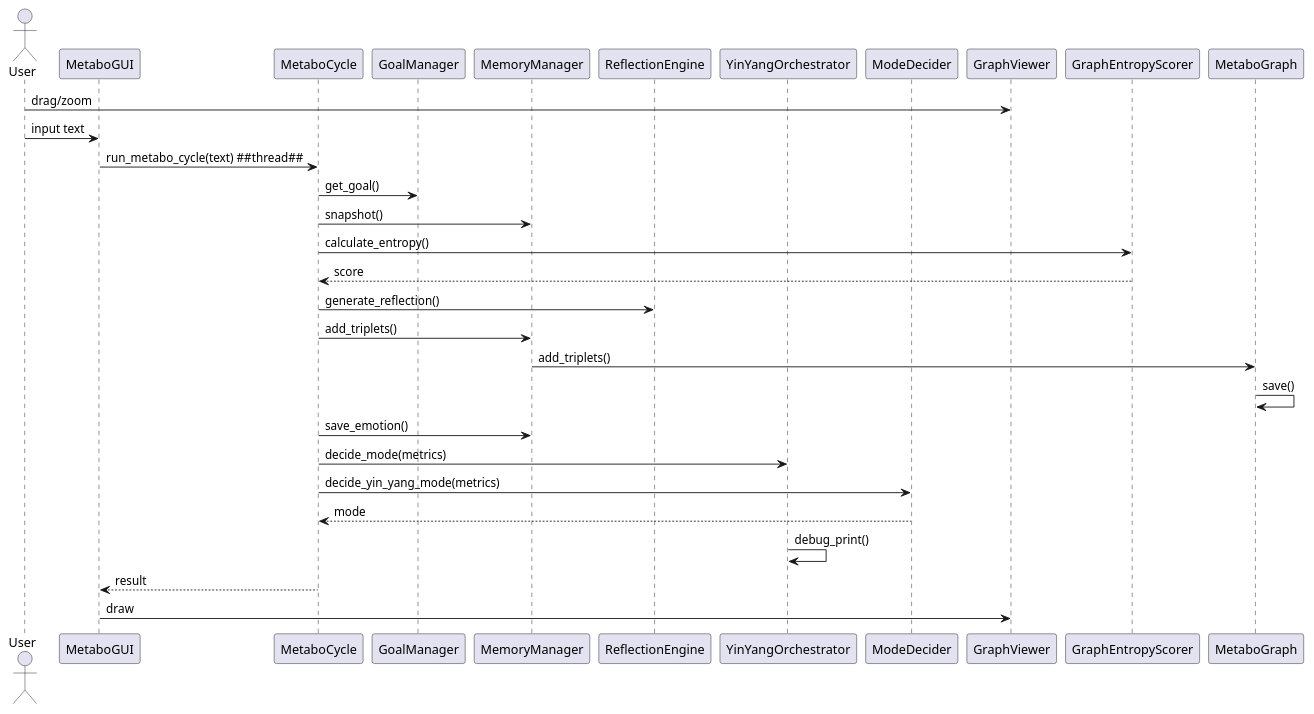
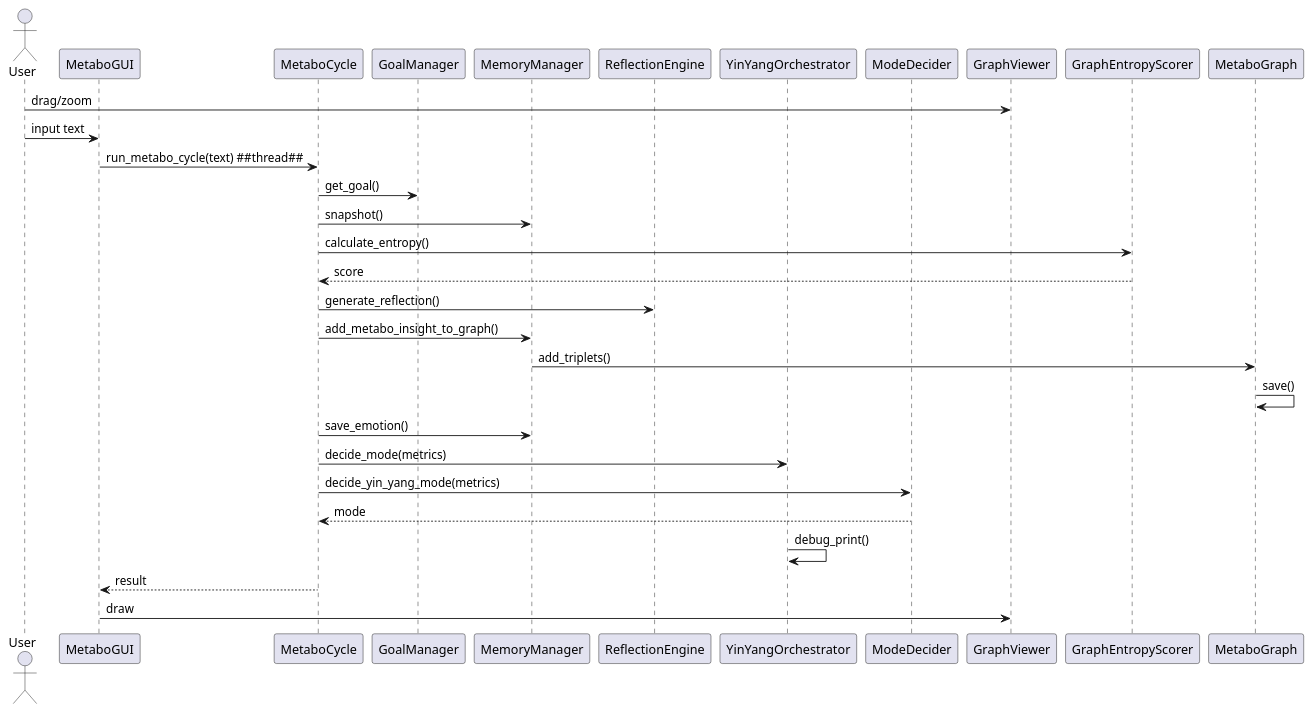
The diagram in doc/diagrams/sequence_diagram.puml (marcusreimold/MetaboMind), drawn with PlantUML before and after one commit. The commit also changed 7 other files, not shown here.

Commit message:
Integrate cycle results into MetaboGraph

```diff
--- a/doc/diagrams/sequence_diagram.puml
+++ b/doc/diagrams/sequence_diagram.puml
@@ -1,31 +1,31 @@
 @startuml
 '/ updated after emotion-mode fix
 actor User
 participant MetaboGUI
 participant MetaboCycle
 participant GoalManager
 participant MemoryManager
 participant ReflectionEngine
 participant YinYangOrchestrator
 participant ModeDecider
 participant GraphViewer
 participant GraphEntropyScorer
 User -> GraphViewer: drag/zoom
 User -> MetaboGUI: input text
 MetaboGUI -> MetaboCycle: run_metabo_cycle(text) ##thread##
 MetaboCycle -> GoalManager: get_goal()
 MetaboCycle -> MemoryManager: snapshot()
 MetaboCycle -> GraphEntropyScorer: calculate_entropy()
 GraphEntropyScorer --> MetaboCycle: score
 MetaboCycle -> ReflectionEngine: generate_reflection()
-MetaboCycle -> MemoryManager: add_triplets()
+MetaboCycle -> MemoryManager: add_metabo_insight_to_graph()
 MemoryManager -> MetaboGraph: add_triplets()
 MetaboGraph -> MetaboGraph: save()
 MetaboCycle -> MemoryManager: save_emotion()
 MetaboCycle -> YinYangOrchestrator: decide_mode(metrics)
 MetaboCycle -> ModeDecider: decide_yin_yang_mode(metrics)
 ModeDecider --> MetaboCycle: mode
 YinYangOrchestrator -> YinYangOrchestrator: debug_print()
 MetaboCycle --> MetaboGUI: result
 MetaboGUI -> GraphViewer: draw
 @enduml
```
